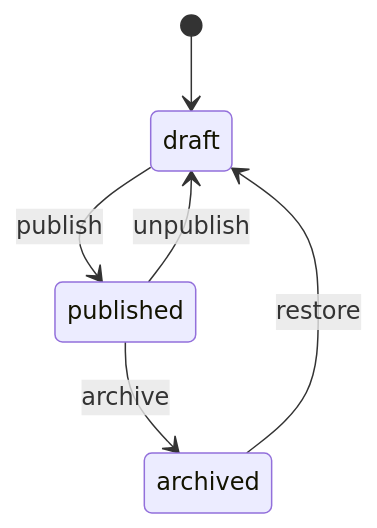
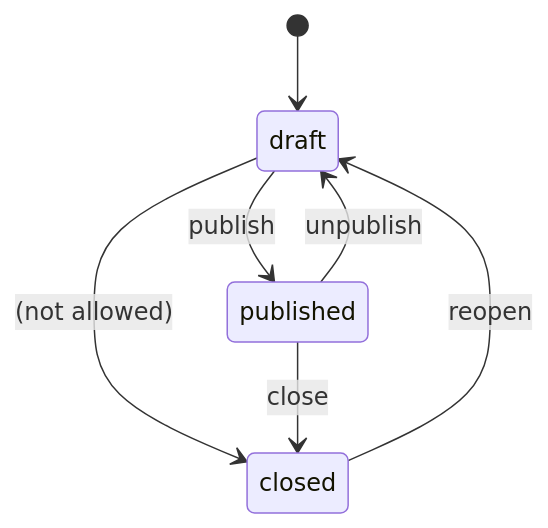
One commit to poluru-labs/fastapi-realworld-projects changed the first of 2 diagrams in intermediate/fastapi-job-board/README.md. Above: the diagram before and after it, drawn with Mermaid. The commit also changed other lines of this file and 32 other files, not shown here.

````diff
--- a/intermediate/fastapi-job-board/README.md
+++ b/intermediate/fastapi-job-board/README.md
@@ -71,8 +37,9 @@
 ```mermaid
 stateDiagram-v2
   [*] --> draft
   draft --> published: publish
+  draft --> closed: (not allowed)
   published --> draft: unpublish
-  published --> archived: archive
-  archived --> draft: restore
+  published --> closed: close
+  closed --> draft: reopen
 ```
````
